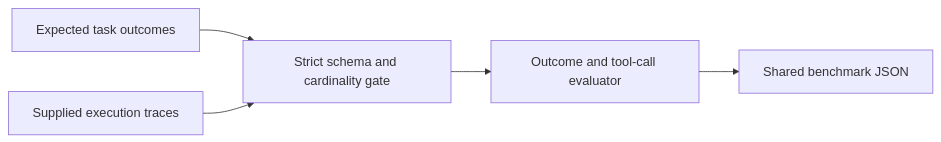
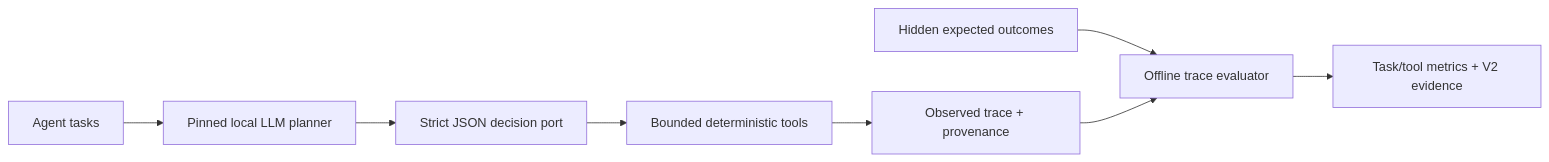
The diagram in README.md (Brilhante29/llm-agent-eval), drawn with Mermaid before and after one commit. The commit also changed other lines of this file and 13 other files, not shown here.

Commit message:
feat: publish observed local agent traces

````diff
--- a/README.md
+++ b/README.md
@@ -26,7 +29,10 @@
 ```mermaid
 flowchart LR
-  Specs["Expected task outcomes"] --> Gate["Strict schema and cardinality gate"]
-  Traces["Supplied execution traces"] --> Gate
-  Gate --> Eval["Outcome and tool-call evaluator"]
-  Eval --> Result["Shared benchmark JSON"]
+  Input["Agent tasks"] --> Planner["Pinned local LLM planner"]
+  Planner --> Port["Strict JSON decision port"]
+  Port --> Tools["Bounded deterministic tools"]
+  Tools --> Trace["Observed trace + provenance"]
+  Expected["Hidden expected outcomes"] --> Eval["Offline trace evaluator"]
+  Trace --> Eval
+  Eval --> Evidence["Task/tool metrics + V2 evidence"]
 ```
````
